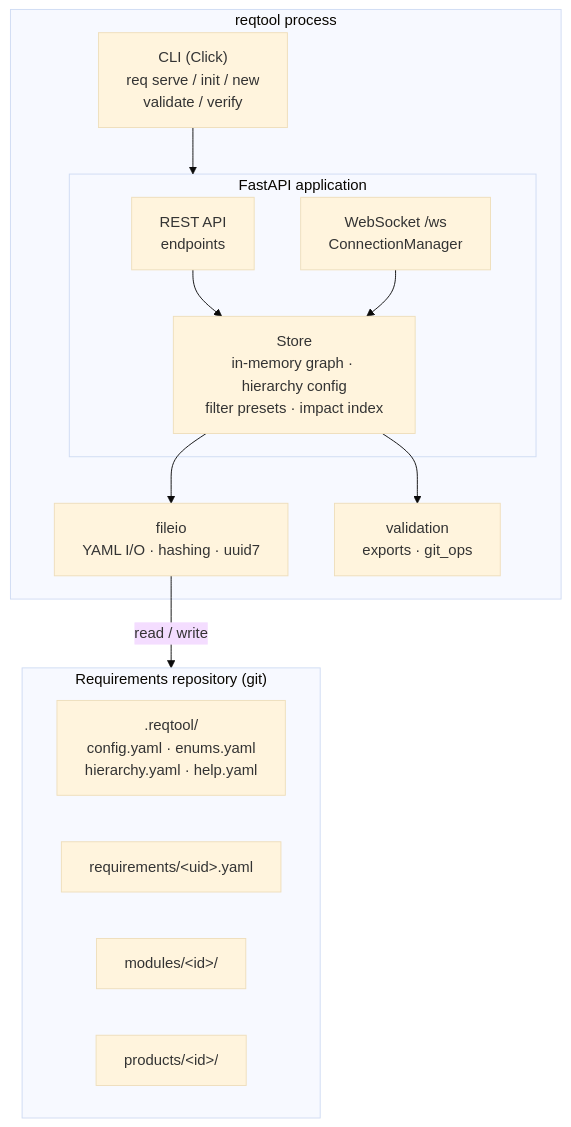
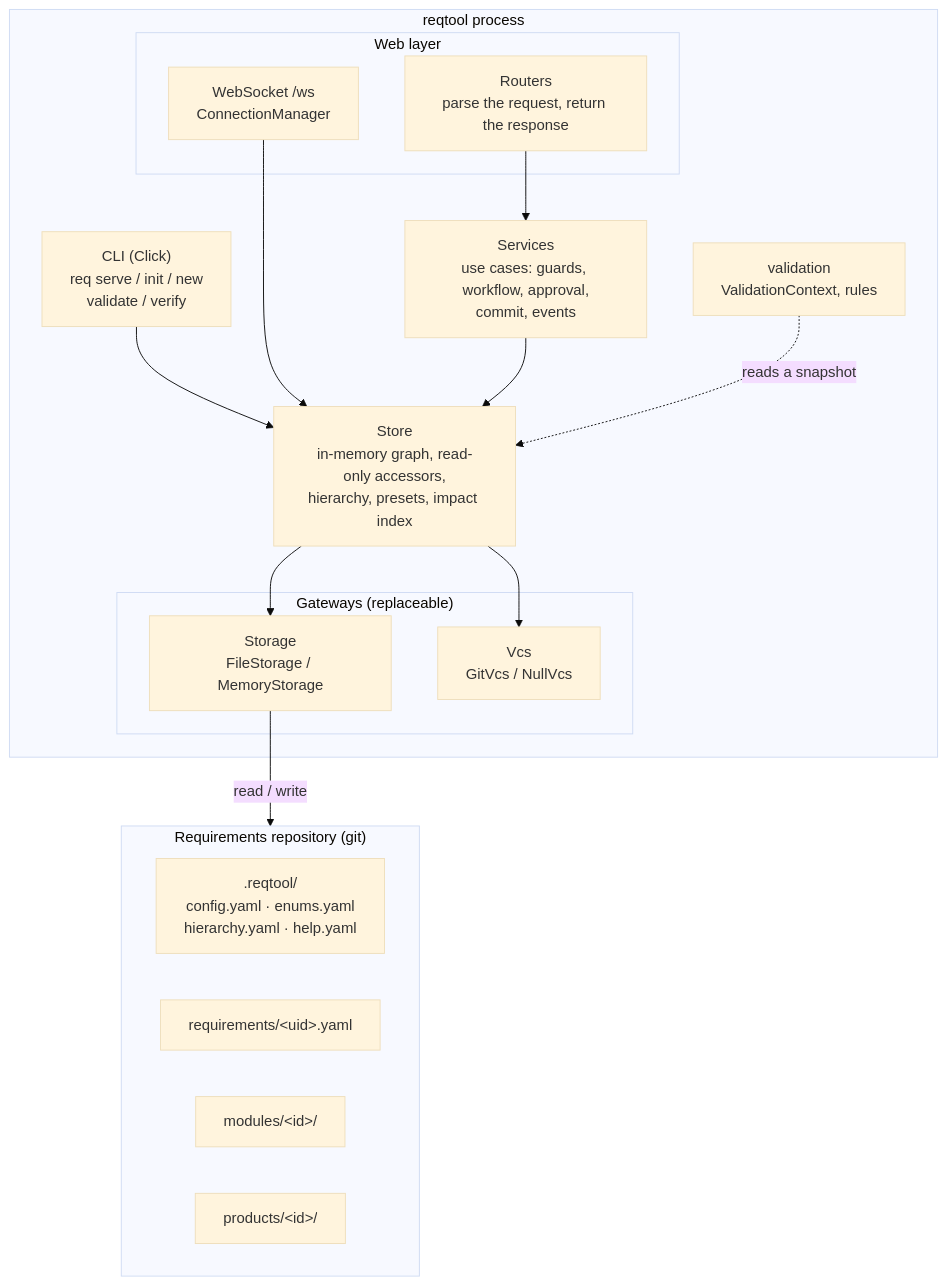
The first of 8 diagrams in docs/ARCHITECTURE.md (markbac/reqtool), drawn with Mermaid (base theme) before and after one commit. The commit also changed other lines of this file and 152 other files, not shown here.

First line of the commit message:
Layered architecture (ARC-02..06), service layer, test tiers (QA-01), docs

````diff
--- a/docs/ARCHITECTURE.md
+++ b/docs/ARCHITECTURE.md
@@ -32,26 +34,32 @@
 ```mermaid
 graph TB
     subgraph process["reqtool process"]
         CLI["CLI (Click)<br/>req serve / init / new<br/>validate / verify"]
-        subgraph app["FastAPI application"]
-            REST["REST API<br/>endpoints"]
+        subgraph web["Web layer"]
+            Routers["Routers<br/>parse the request, return the response"]
             WS["WebSocket /ws<br/>ConnectionManager"]
-            REST --> Store
-            WS --> Store
         end
-        CLI --> app
-        Store["Store<br/>in-memory graph · hierarchy config<br/>filter presets · impact index"]
-        fileio["fileio<br/>YAML I/O · hashing · uuid7"]
-        validation["validation<br/>exports · git_ops"]
-        Store --> fileio
-        Store --> validation
+        Services["Services<br/>use cases: guards, workflow, approval,<br/>commit, events"]
+        Store["Store<br/>in-memory graph, read-only accessors,<br/>hierarchy, presets, impact index"]
+        Validation["validation<br/>ValidationContext, rules"]
+        subgraph gateways["Gateways (replaceable)"]
+            Storage["Storage<br/>FileStorage / MemoryStorage"]
+            Vcs["Vcs<br/>GitVcs / NullVcs"]
+        end
+        CLI --> Store
+        Routers --> Services
+        WS --> Store
+        Services --> Store
+        Store --> Storage
+        Store --> Vcs
+        Validation -. "reads a snapshot" .-> Store
     end
-    fileio -- "read / write" --> repo
+    Storage -- "read / write" --> repo
 
     subgraph repo["Requirements repository (git)"]
         config[".reqtool/<br/>config.yaml · enums.yaml<br/>hierarchy.yaml · help.yaml"]
         reqs["requirements/&lt;uid&gt;.yaml"]
         mods["modules/&lt;id&gt;/"]
         prods["products/&lt;id&gt;/"]
     end
 ```
````
